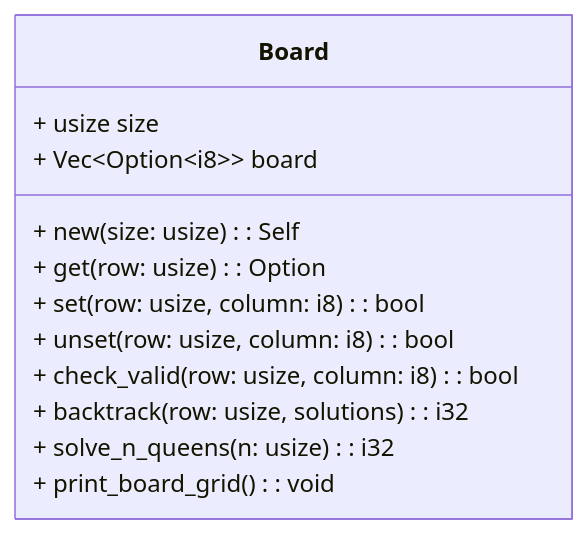
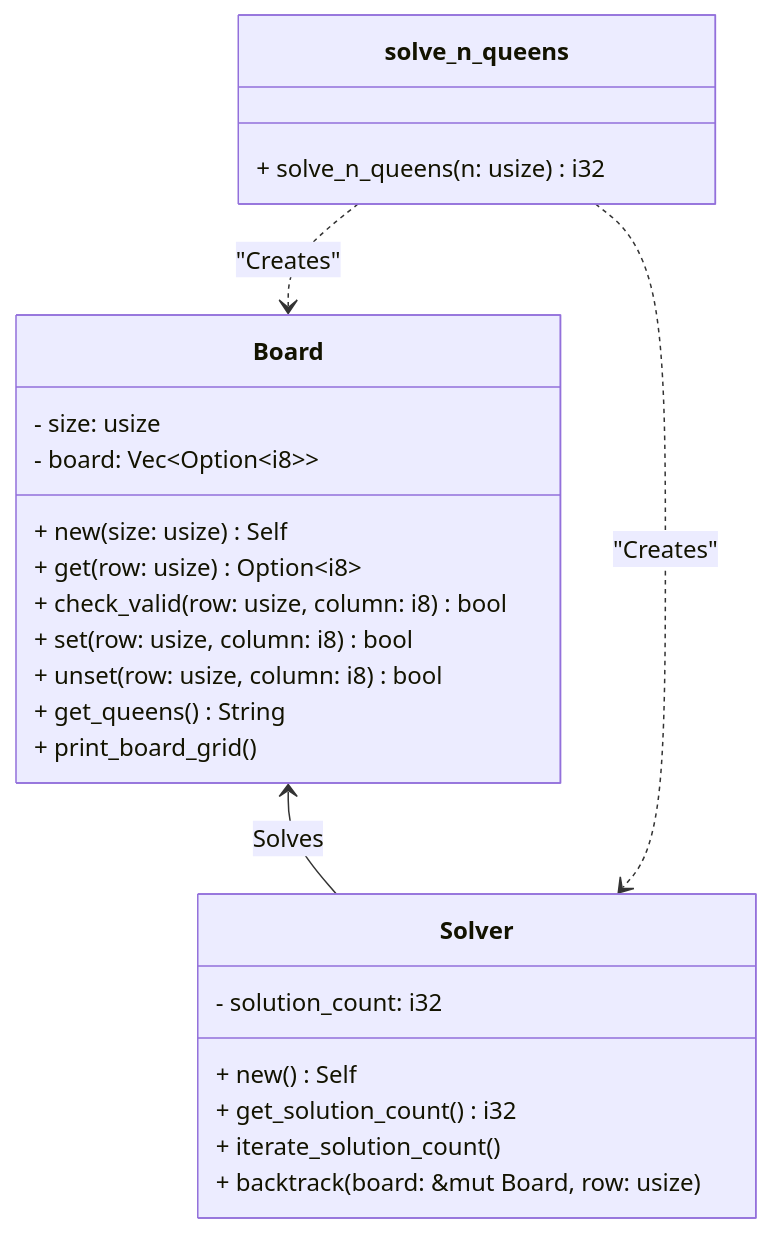
Before and after one commit to JanikkinaJ/ai-project: the diagram in README.org, drawn with Mermaid. The commit also changed other lines of this file and 1 other file, not shown here.

```diff
--- a/README.org
+++ b/README.org
@@ -71,15 +26,30 @@
-#+begin_src mermaid :file board_state_diagram.png :exports results :tangle no 
+#+begin_src mermaid :file board_state_diagram.png :exports results :tangle no
 classDiagram
     class Board {
-        + usize size
-        + Vec&lt;Option&lt;i8&gt;&gt; board
-        + new(size: usize): Self
-        + get(row: usize): Option<i8>
-        + set(row: usize, column: i8): bool
-        + unset(row: usize, column: i8): bool
-        + check_valid(row: usize, column: i8): bool
-        + backtrack(row: usize, solutions): i32
-        + solve_n_queens(n: usize): i32
-        + print_board_grid(): void
+        - size: usize
+        - board: Vec&lt;Option&lt;i8&gt;&gt;
+        + new(size: usize) Self
+        + get(row: usize) Option&lt;i8&gt;
+        + check_valid(row: usize, column: i8) bool
+        + set(row: usize, column: i8) bool
+        + unset(row: usize, column: i8) bool
+        + get_queens() String
+        + print_board_grid()
     }
+
+    class Solver {
+        - solution_count: i32
+        + new() Self
+        + get_solution_count() i32
+        + iterate_solution_count()
+        + backtrack(board: &mut Board, row: usize)
+    }
+
+    class solve_n_queens {
+        + solve_n_queens(n: usize) i32
+    }
+
+    Board <-- Solver : Solves
+    solve_n_queens ..> Solver : "Creates"
+    solve_n_queens ..> Board : "Creates"
 #+end_src
```
